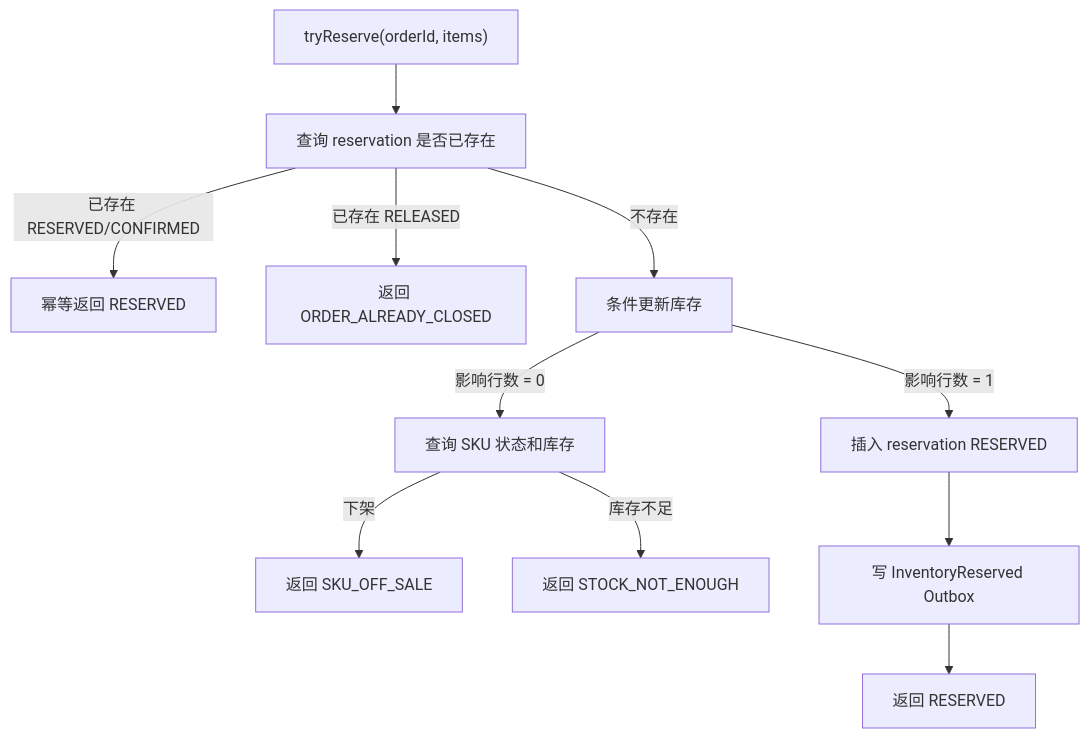
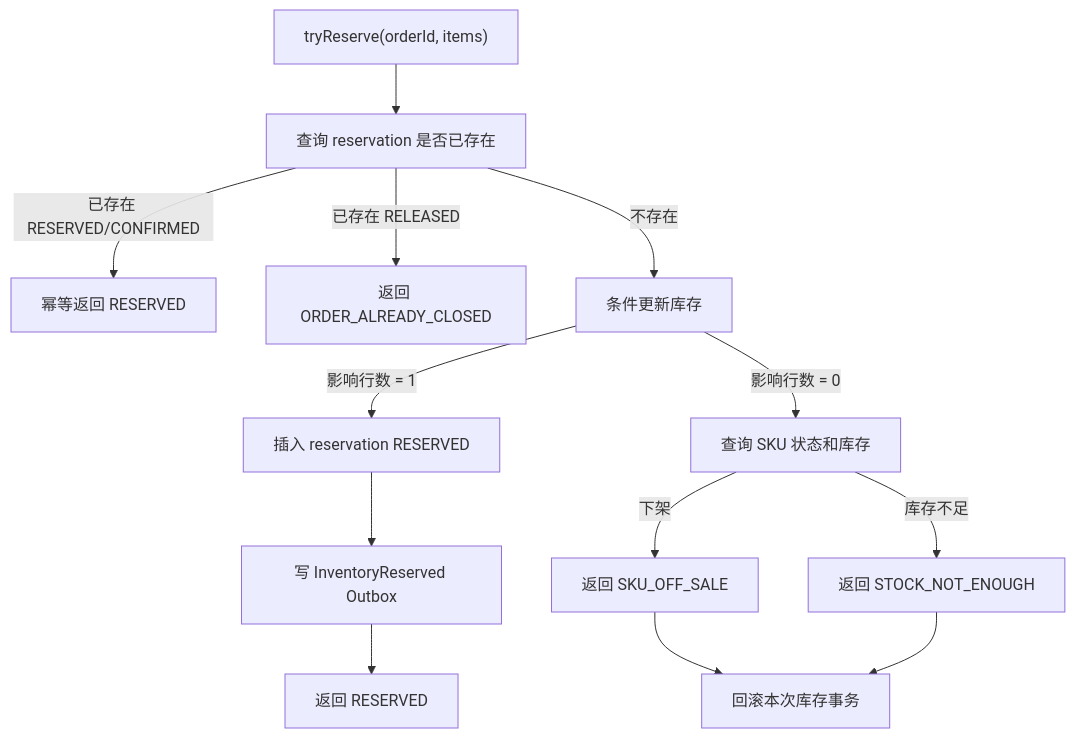
Before and after one commit to yinshihaogithub/framework-boot-starter: the sixth of 20 diagrams in docs/ORDER_FINAL_CONSISTENCY_DESIGN.md, drawn with Mermaid. The commit also changed other lines of this file, not shown here.

````diff
--- a/docs/ORDER_FINAL_CONSISTENCY_DESIGN.md
+++ b/docs/ORDER_FINAL_CONSISTENCY_DESIGN.md
@@ -381,13 +575,15 @@
 ```mermaid
 flowchart TD
   A["tryReserve(orderId, items)"] --> B["查询 reservation 是否已存在"]
   B -->|已存在 RESERVED/CONFIRMED| C["幂等返回 RESERVED"]
   B -->|已存在 RELEASED| D["返回 ORDER_ALREADY_CLOSED"]
   B -->|不存在| E["条件更新库存"]
   E -->|影响行数 = 1| F["插入 reservation RESERVED"]
   E -->|影响行数 = 0| G["查询 SKU 状态和库存"]
   G -->|下架| H["返回 SKU_OFF_SALE"]
   G -->|库存不足| I["返回 STOCK_NOT_ENOUGH"]
+  H --> R["回滚本次库存事务"]
+  I --> R
   F --> J["写 InventoryReserved Outbox"]
   J --> K["返回 RESERVED"]
 ```
````
